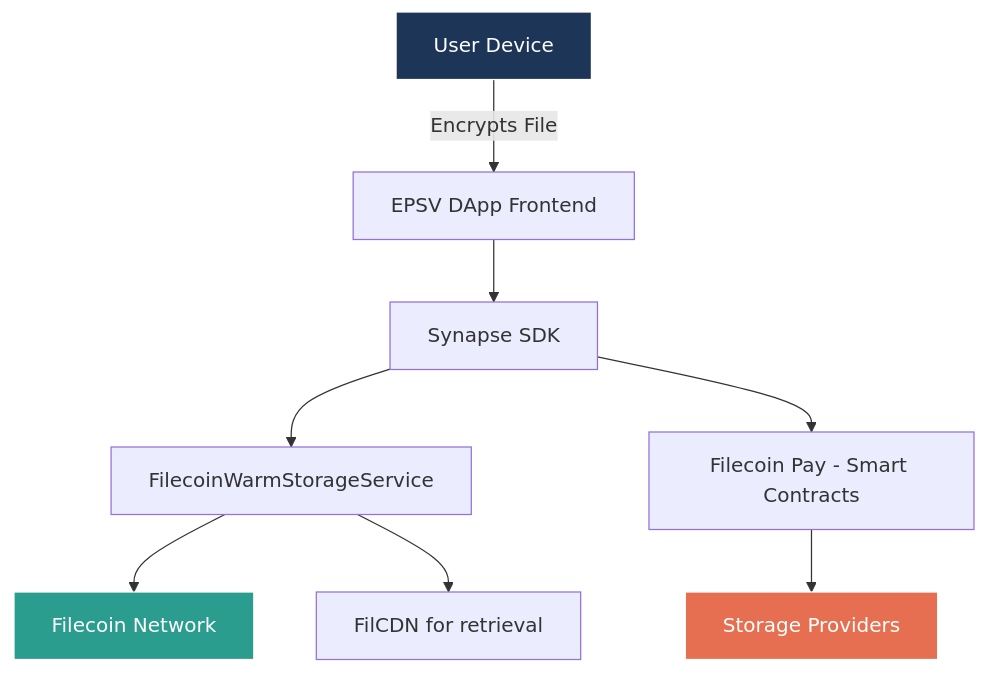
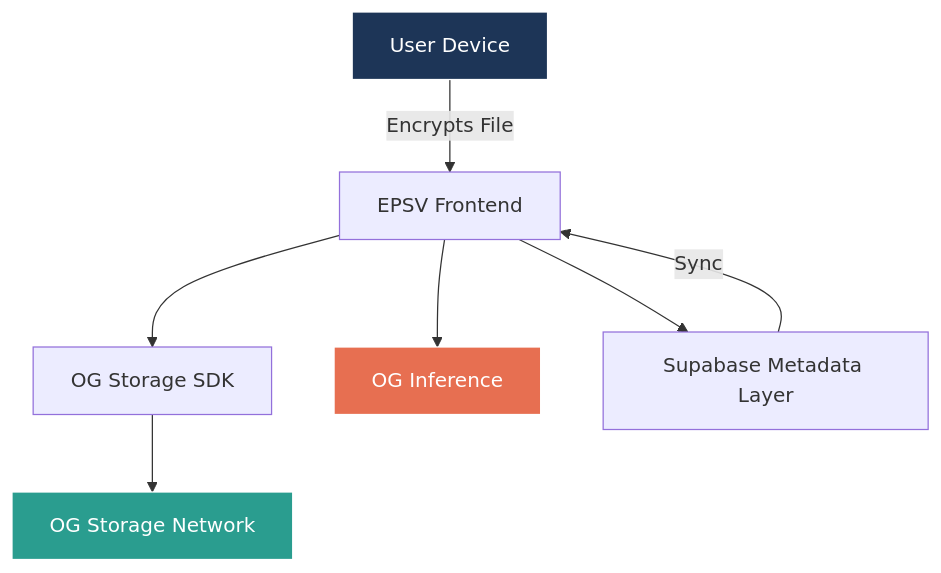
Before and after one commit to bodmandao/EPSV: the first of 2 diagrams in README.md, drawn with Mermaid. The commit also changed other lines of this file, not shown here.

````diff
--- a/README.md
+++ b/README.md
@@ -127,14 +101,13 @@
 ```mermaid
 flowchart TD
-    A[User Device] -->|Encrypts File| B[EPSV DApp Frontend]
-    B --> C[Synapse SDK]
-    C --> D[FilecoinWarmStorageService]
-    D --> E[Filecoin Network]
-    D --> F[FilCDN for retrieval]
-    C --> G[Filecoin Pay - Smart Contracts]
-    G --> H[Storage Providers]
+    A[User Device] -->|Encrypts File| B[EPSV Frontend]
+    B --> C[OG Storage SDK]
+    C --> D[OG Storage Network]
+    B --> E[OG Inference]
+    B --> F[Supabase Metadata Layer]
+    F -->|Sync| B
 
     style A fill:#1d3557,stroke:#fff,color:#fff
-    style E fill:#2a9d8f,stroke:#fff,color:#fff
-    style H fill:#e76f51,stroke:#fff,color:#fff
+    style D fill:#2a9d8f,stroke:#fff,color:#fff
+    style E fill:#e76f51,stroke:#fff,color:#fff
 ```
````
